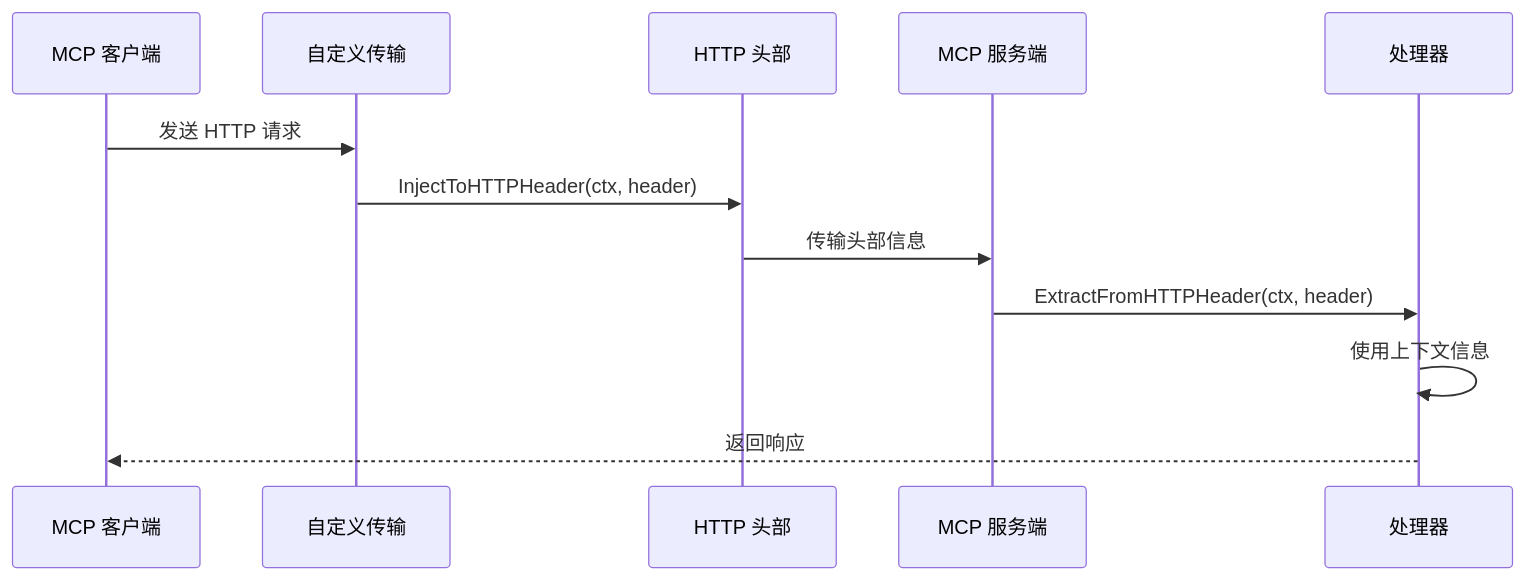
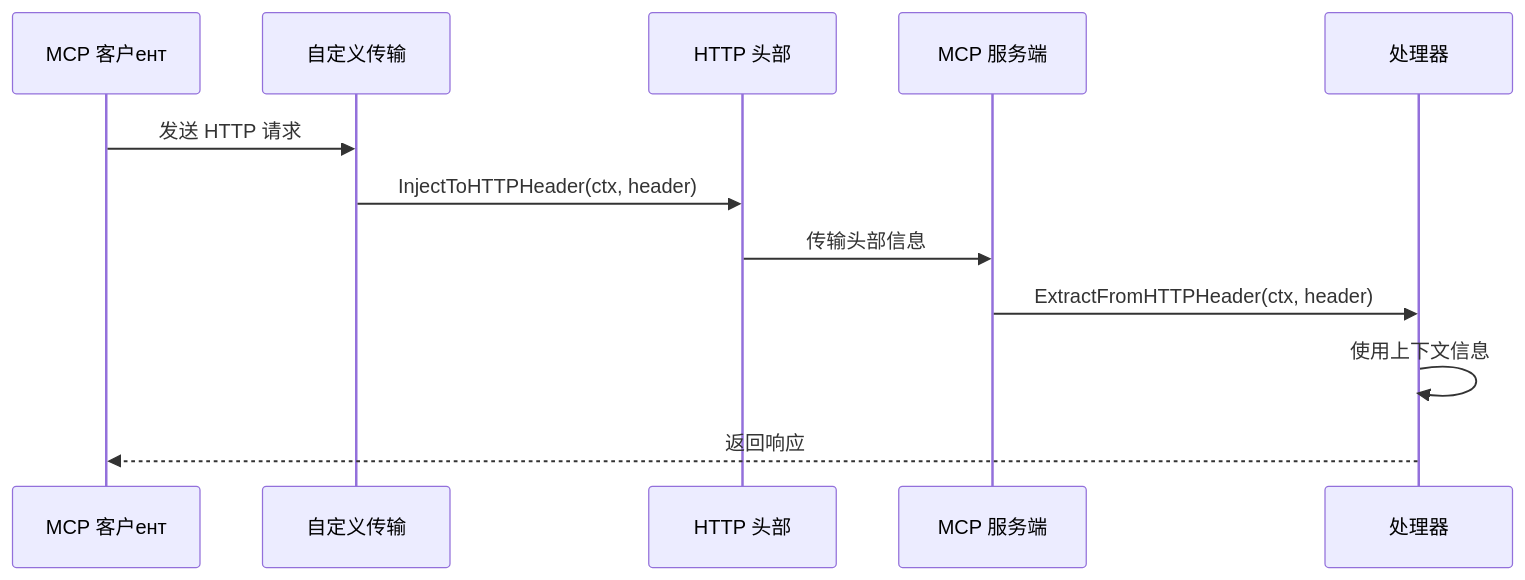
Before and after one commit to maomao94/zero-service: the sixth of 17 diagrams in .qoder/repowiki/zh/content/Ctxprop Package.md, drawn with Mermaid. The commit also changed other lines of this file and 42 other files, not shown here.

````diff
--- a/.qoder/repowiki/zh/content/Ctxprop Package.md
+++ b/.qoder/repowiki/zh/content/Ctxprop Package.md
@@ -339,14 +374,14 @@
 ```mermaid
 sequenceDiagram
-participant Client as MCP 客户端
+participant Client as MCP 客户ент
 participant Transport as 自定义传输
 participant Header as HTTP 头部
 participant Server as MCP 服务端
 participant Handler as 处理器
 Client->>Transport : 发送 HTTP 请求
 Transport->>Header : InjectToHTTPHeader(ctx, header)
 Header->>Server : 传输头部信息
 Server->>Handler : ExtractFromHTTPHeader(ctx, header)
 Handler->>Handler : 使用上下文信息
 Handler-->>Client : 返回响应
 ```
````
